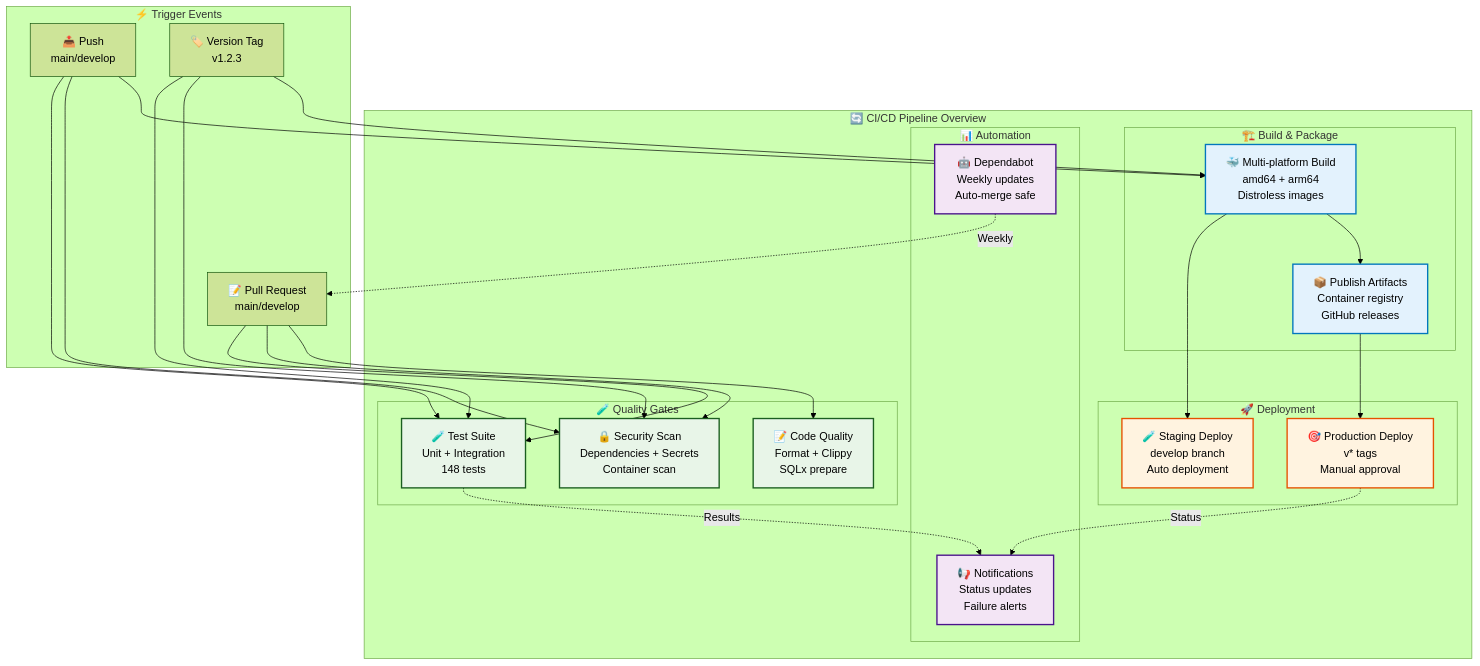
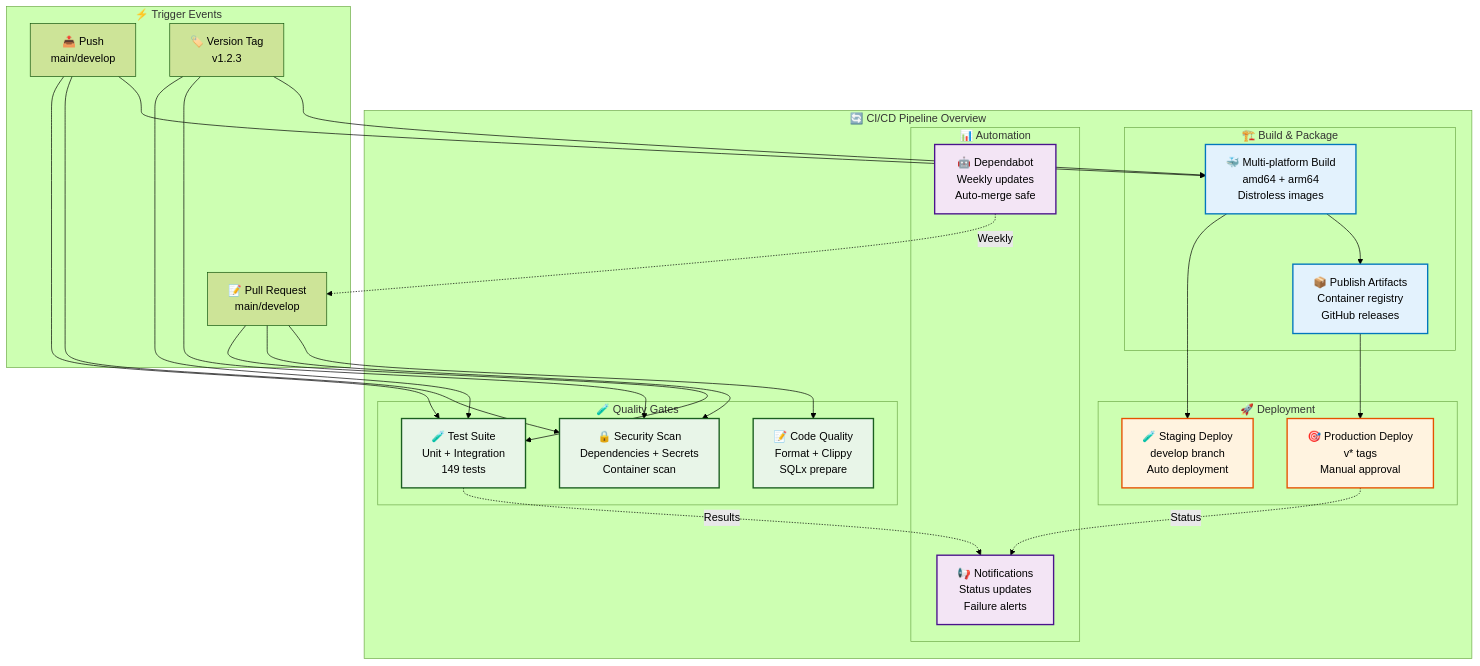
One commit to quanhua92/rust-fullstack-starter changed the diagram in docs/deployment/cicd.md. Above: the diagram before and after it, drawn with Mermaid (forest theme). The commit also changed 8 other files, not shown here.

````diff
--- a/docs/deployment/cicd.md
+++ b/docs/deployment/cicd.md
@@ -7,60 +7,60 @@
 ```mermaid
 graph TB
     subgraph "🔄 CI/CD Pipeline Overview"
         subgraph "🧪 Quality Gates"
-            TEST[🧪 Test Suite<br/>Unit + Integration<br/>148 tests]
+            TEST[🧪 Test Suite<br/>Unit + Integration<br/>149 tests]
             SECURITY[🔒 Security Scan<br/>Dependencies + Secrets<br/>Container scan]
             LINT[📝 Code Quality<br/>Format + Clippy<br/>SQLx prepare]
         end
         
         subgraph "🏗️ Build & Package"
             BUILD[🐳 Multi-platform Build<br/>amd64 + arm64<br/>Distroless images]
             PUBLISH[📦 Publish Artifacts<br/>Container registry<br/>GitHub releases]
         end
         
         subgraph "🚀 Deployment"
             STAGING[🧪 Staging Deploy<br/>develop branch<br/>Auto deployment]
             PROD[🎯 Production Deploy<br/>v* tags<br/>Manual approval]
         end
         
         subgraph "📊 Automation"
             DEPENDABOT[🤖 Dependabot<br/>Weekly updates<br/>Auto-merge safe]
             NOTIFICATIONS[📢 Notifications<br/>Status updates<br/>Failure alerts]
         end
     end
     
     subgraph "⚡ Trigger Events"
         PR[📝 Pull Request<br/>main/develop]
         PUSH[📤 Push<br/>main/develop]
         TAG[🏷️ Version Tag<br/>v1.2.3]
     end
     
     PR --> TEST
     PR --> SECURITY
     PR --> LINT
     
     PUSH --> TEST
     PUSH --> SECURITY
     PUSH --> BUILD
     BUILD --> STAGING
     
     TAG --> TEST
     TAG --> SECURITY
     TAG --> BUILD
     BUILD --> PUBLISH
     PUBLISH --> PROD
     
     DEPENDABOT -.->|Weekly| PR
     TEST -.->|Results| NOTIFICATIONS
     PROD -.->|Status| NOTIFICATIONS
     
     classDef qualityBox fill:#e8f5e8,stroke:#1b5e20,stroke-width:2px
     classDef buildBox fill:#e3f2fd,stroke:#0277bd,stroke-width:2px
     classDef deployBox fill:#fff3e0,stroke:#e65100,stroke-width:2px
     classDef autoBox fill:#f3e5f5,stroke:#4a148c,stroke-width:2px
     
     class TEST,SECURITY,LINT qualityBox
     class BUILD,PUBLISH buildBox
     class STAGING,PROD deployBox
     class DEPENDABOT,NOTIFICATIONS autoBox
 ```
````
